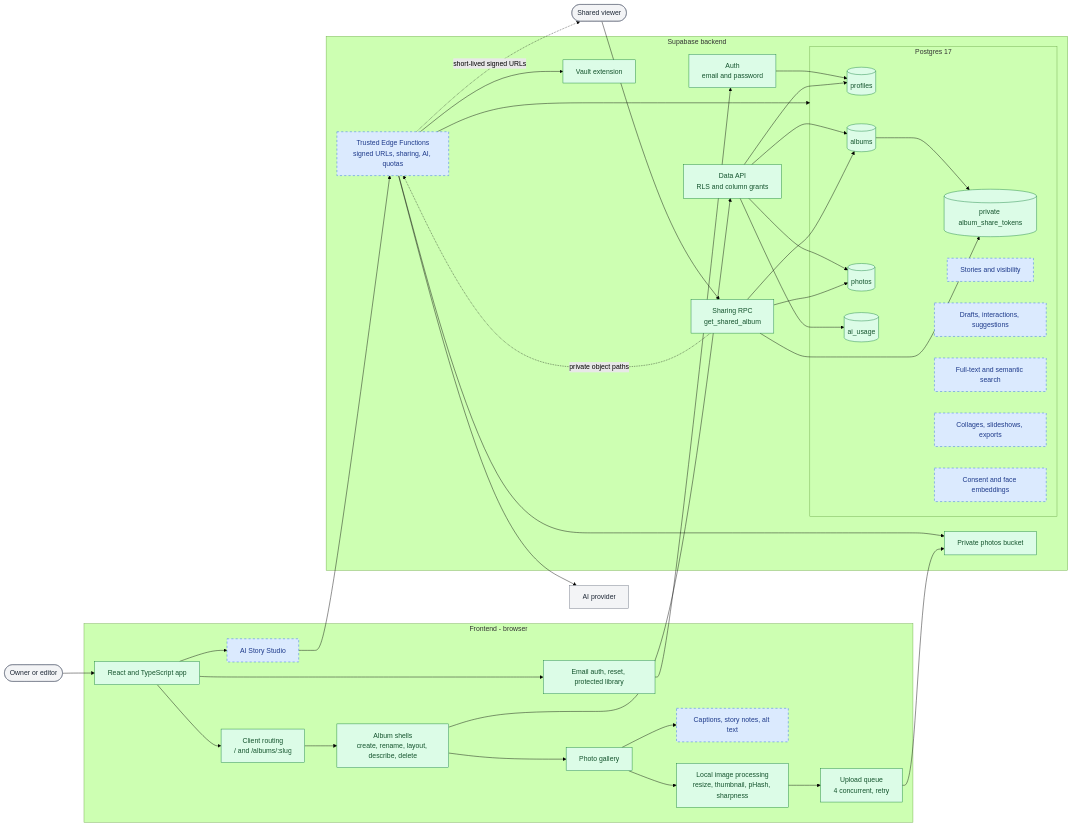
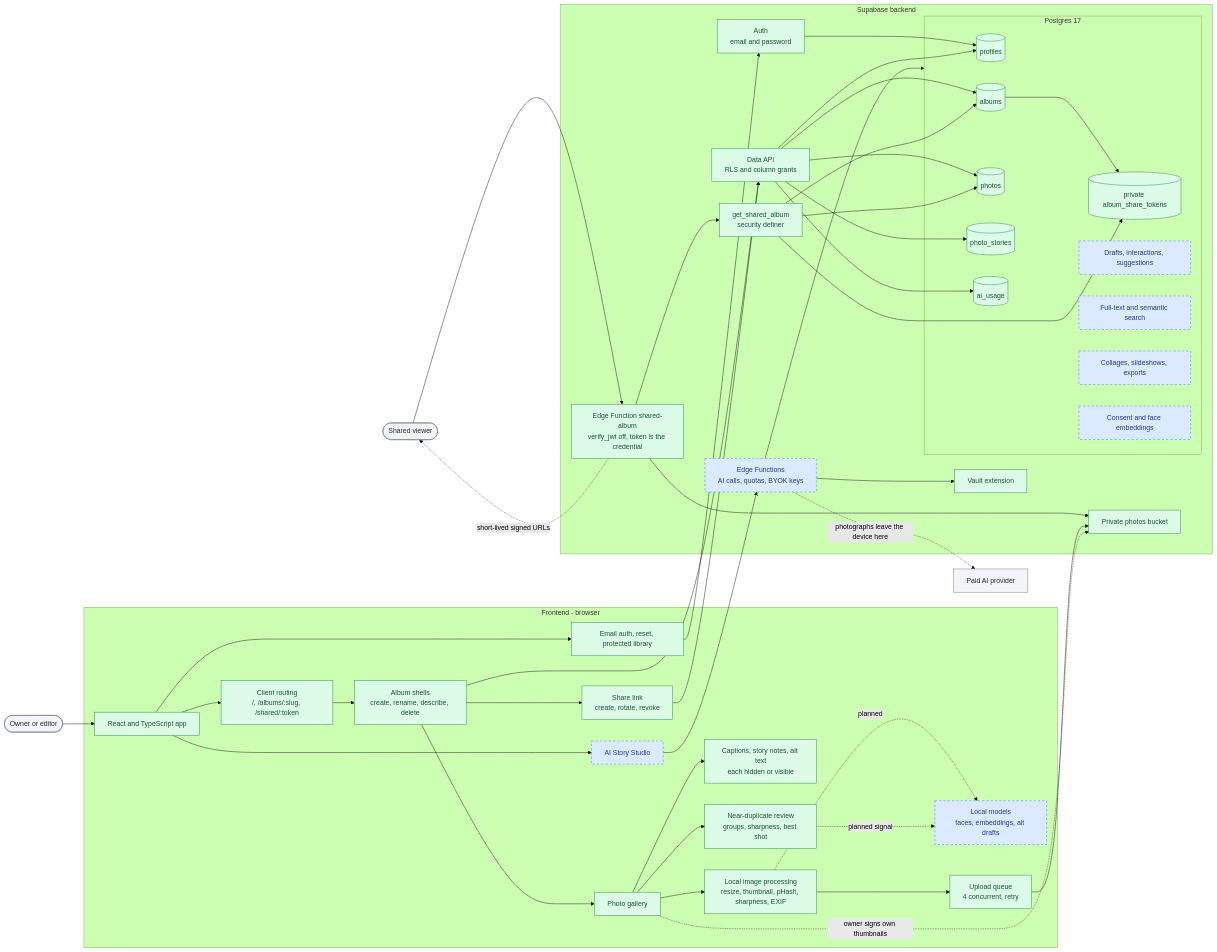
One commit to Elizabeth1979/albums-studio changed the first of 3 diagrams in docs/project-structure.md. Above: the diagram before and after it, drawn with Mermaid (forest theme). The commit also changed other lines of this file and 4 other files, not shown here.

````diff
--- a/docs/project-structure.md
+++ b/docs/project-structure.md
@@ -9,69 +44,79 @@
 ```mermaid
 flowchart LR
     User([Owner or editor]):::external
     Viewer([Shared viewer]):::external
-    Model[AI provider]:::external
+    Provider[Paid AI provider]:::external
 
     subgraph Frontend["Frontend - browser"]
         App["React and TypeScript app"]:::current
         AuthUI["Email auth, reset, protected library"]:::current
-        Router["Client routing<br/>/ and /albums/:slug"]:::current
-        AlbumUI["Album shells<br/>create, rename, layout, describe, delete"]:::current
+        Router["Client routing<br/>/, /albums/:slug, /shared/:token"]:::current
+        AlbumUI["Album shells<br/>create, rename, describe, delete"]:::current
         PhotoUI["Photo gallery"]:::current
-        TextUI["Captions, story notes, alt text"]:::planned
+        TextUI["Captions, story notes, alt text<br/>each hidden or visible"]:::current
+        ShareUI["Share link<br/>create, rotate, revoke"]:::current
+        Curation["Near-duplicate review<br/>groups, sharpness, best shot"]:::current
         Studio["AI Story Studio"]:::planned
-        Local["Local image processing<br/>resize, thumbnail, pHash, sharpness"]:::current
+        Local["Local image processing<br/>resize, thumbnail, pHash, sharpness, EXIF"]:::current
+        LocalModel["Local models<br/>faces, embeddings, alt drafts"]:::planned
         Upload["Upload queue<br/>4 concurrent, retry"]:::current
 
         App --> AuthUI
         App --> Router --> AlbumUI
         AlbumUI --> PhotoUI --> TextUI
+        AlbumUI --> ShareUI
+        PhotoUI --> Curation
         App --> Studio
         PhotoUI --> Local --> Upload
+        Local -. "planned" .-> LocalModel
+        Curation -. "planned signal" .-> LocalModel
     end
 
     subgraph Supabase["Supabase backend"]
         Auth["Auth<br/>email and password"]:::current
         DataAPI["Data API<br/>RLS and column grants"]:::current
-        RPC["Sharing RPC<br/>get_shared_album"]:::current
+        RPC["get_shared_album<br/>security definer"]:::current
         Storage["Private photos bucket"]:::current
         Vault["Vault extension"]:::current
 
         subgraph Database["Postgres 17"]
             Profiles[(profiles)]:::current
             Albums[(albums)]:::current
             Photos[(photos)]:::current
+            Stories[(photo_stories)]:::current
             Usage[(ai_usage)]:::current
             Tokens[(private album_share_tokens)]:::current
-            TextSchema["Stories and visibility"]:::planned
             AISchema["Drafts, interactions, suggestions"]:::planned
             SearchSchema["Full-text and semantic search"]:::planned
             OutputSchema["Collages, slideshows, exports"]:::planned
             FaceSchema["Consent and face embeddings"]:::planned
         end
 
-        Edge["Trusted Edge Functions<br/>signed URLs, sharing, AI, quotas"]:::planned
+        EdgeShare["Edge Function shared-album<br/>verify_jwt off, token is the credential"]:::current
+        EdgeAI["Edge Functions<br/>AI calls, quotas, BYOK keys"]:::planned
 
         Auth --> Profiles
-        DataAPI --> Albums & Photos & Profiles & Usage
+        DataAPI --> Albums & Photos & Stories & Profiles & Usage
         Albums --> Tokens
         RPC --> Albums & Photos & Tokens
-        Edge --> Database
-        Edge --> Storage
-        Edge --> Vault
+        EdgeShare --> RPC
+        EdgeShare --> Storage
+        EdgeAI --> Database
+        EdgeAI --> Vault
     end
 
     User --> App
     AuthUI --> Auth
     AlbumUI --> DataAPI
+    ShareUI --> DataAPI
     Upload --> Storage
-    Studio --> Edge
-    Edge --> Model
-    Viewer --> RPC
-    RPC -. "private object paths" .-> Edge
-    Edge -. "short-lived signed URLs" .-> Viewer
+    PhotoUI -. "owner signs own thumbnails" .-> Storage
+    Studio --> EdgeAI
+    EdgeAI -. "photographs leave the device here" .-> Provider
+    Viewer --> EdgeShare
+    EdgeShare -. "short-lived signed URLs" .-> Viewer
 
     classDef current fill:#dcfce7,stroke:#15803d,color:#14532d
     classDef planned fill:#dbeafe,stroke:#2563eb,color:#1e3a8a,stroke-dasharray:5 5
     classDef external fill:#f3f4f6,stroke:#6b7280,color:#1f2937
 ```
````
